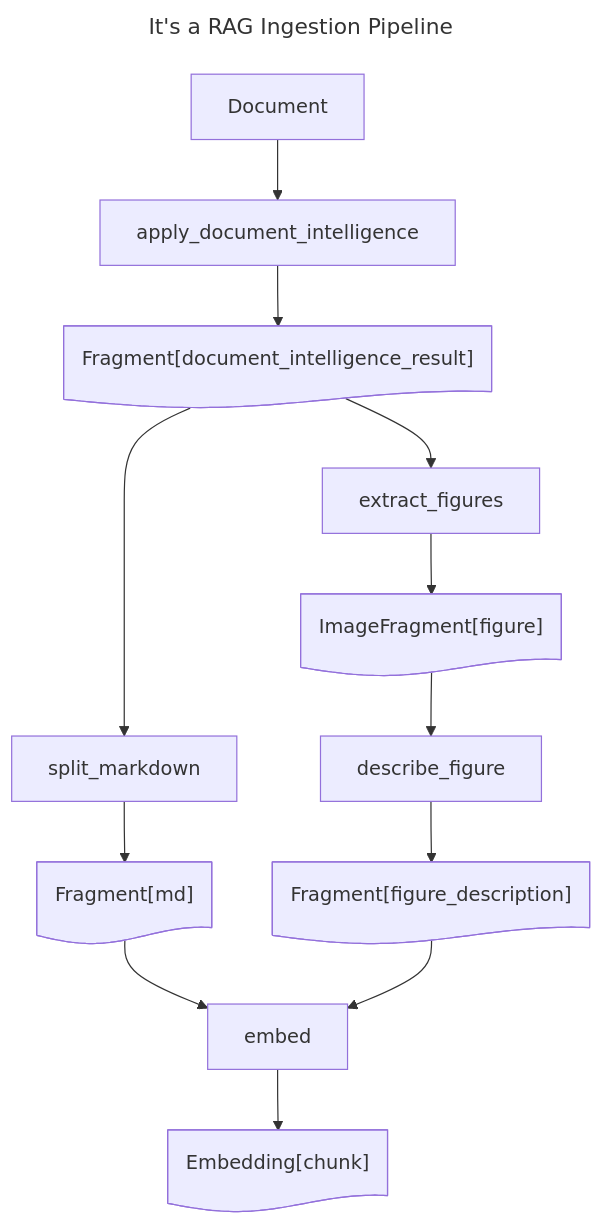
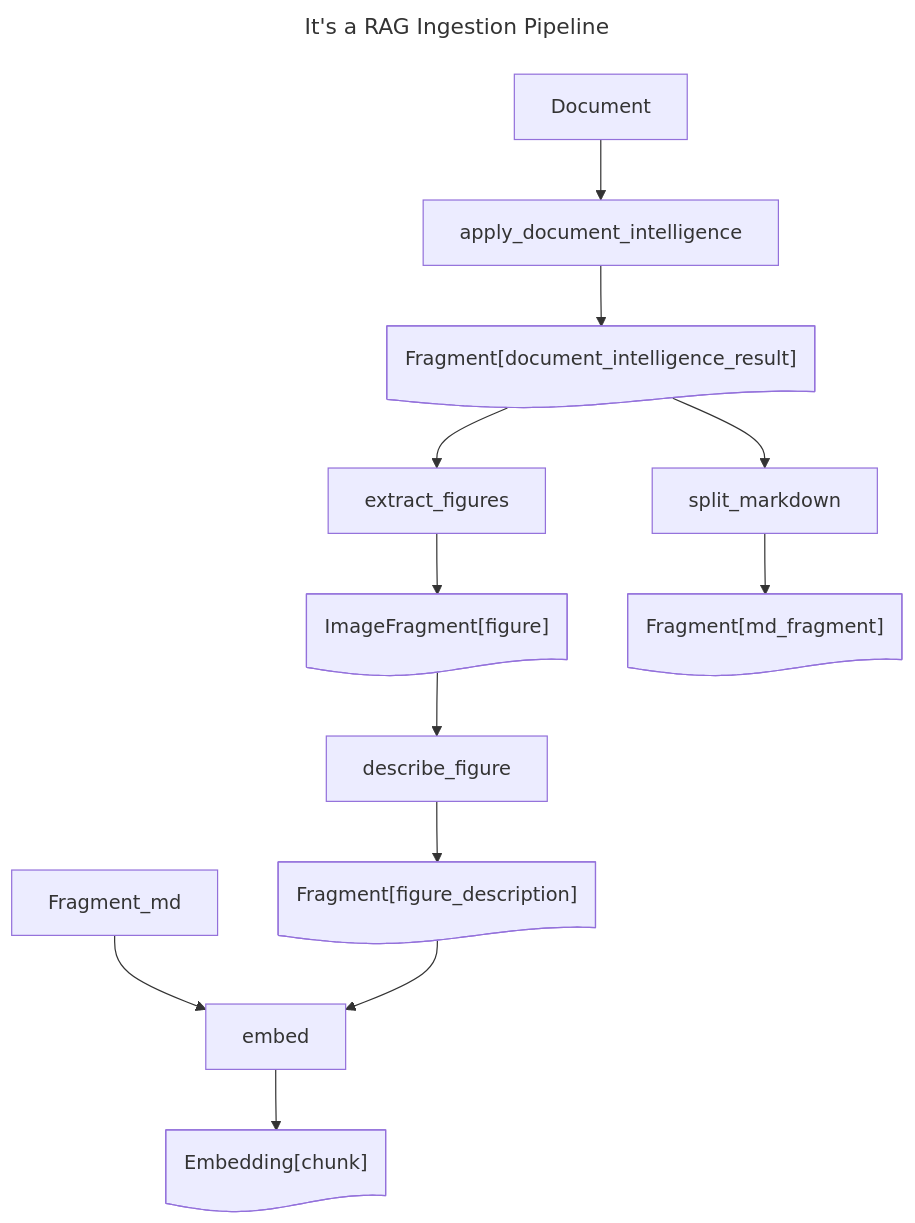
One commit to Azure-Samples/az-ai-catalyst changed the diagram in examples/its_a_rag.md. Above: the diagram before and after it, drawn with Mermaid. The commit also changed 6 other files, not shown here.

````diff
--- a/examples/its_a_rag.md
+++ b/examples/its_a_rag.md
@@ -1,28 +1,28 @@
 ```mermaid
 ---
 title: It's a RAG Ingestion Pipeline
 ---
 flowchart TD
     Fragment_figure_description@{ shape: doc, label: "Fragment[figure_description]" }
-    Fragment_md@{ shape: doc, label: "Fragment[md]" }
+    Embedding_chunk@{ shape: doc, label: "Embedding[chunk]" }
     ImageFragment_figure@{ shape: doc, label: "ImageFragment[figure]" }
     Fragment_document_intelligence_result@{ shape: doc, label: "Fragment[document_intelligence_result]" }
-    Embedding_chunk@{ shape: doc, label: "Embedding[chunk]" }
+    Fragment_md_fragment@{ shape: doc, label: "Fragment[md_fragment]" }
     apply_document_intelligence@{ shape: rect, label: "apply_document_intelligence" }
     apply_document_intelligence --> Fragment_document_intelligence_result
     Document --> apply_document_intelligence
     extract_figures@{ shape: rect, label: "extract_figures" }
     extract_figures --> ImageFragment_figure
     Fragment_document_intelligence_result --> extract_figures
     describe_figure@{ shape: rect, label: "describe_figure" }
     describe_figure --> Fragment_figure_description
     ImageFragment_figure --> describe_figure
     split_markdown@{ shape: rect, label: "split_markdown" }
-    split_markdown --> Fragment_md
+    split_markdown --> Fragment_md_fragment
     Fragment_document_intelligence_result --> split_markdown
     embed@{ shape: rect, label: "embed" }
     embed --> Embedding_chunk
     Fragment_md --> embed
     Fragment_figure_description --> embed
 
 ```
````
